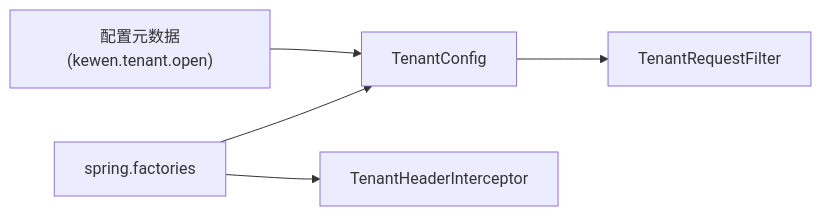
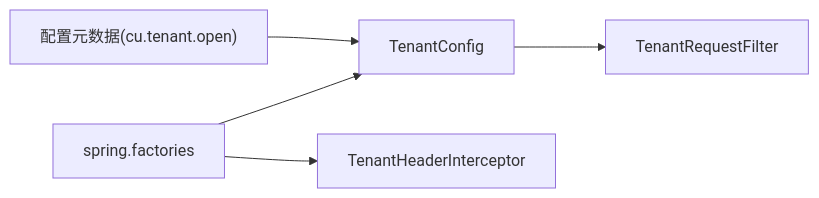
One commit to LiukewenSC/kewen-framework changed the sixth of 7 diagrams in .qoder/repowiki/zh/content/故障排除/租户问题排查.md. Above: the diagram before and after it, drawn with Mermaid. The commit also changed other lines of this file and 764 other files, not shown here.

````diff
--- a/.qoder/repowiki/zh/content/故障排除/租户问题排查.md
+++ b/.qoder/repowiki/zh/content/故障排除/租户问题排查.md
@@ -218,7 +218,7 @@
 ```mermaid
 graph LR
 CFG["TenantConfig"] --> RF["TenantRequestFilter"]
 FACT["spring.factories"] --> CFG
 FACT --> HI["TenantHeaderInterceptor"]
-META["配置元数据(kewen.tenant.open)"] --> CFG
+META["配置元数据(cu.tenant.open)"] --> CFG
 ```
````
